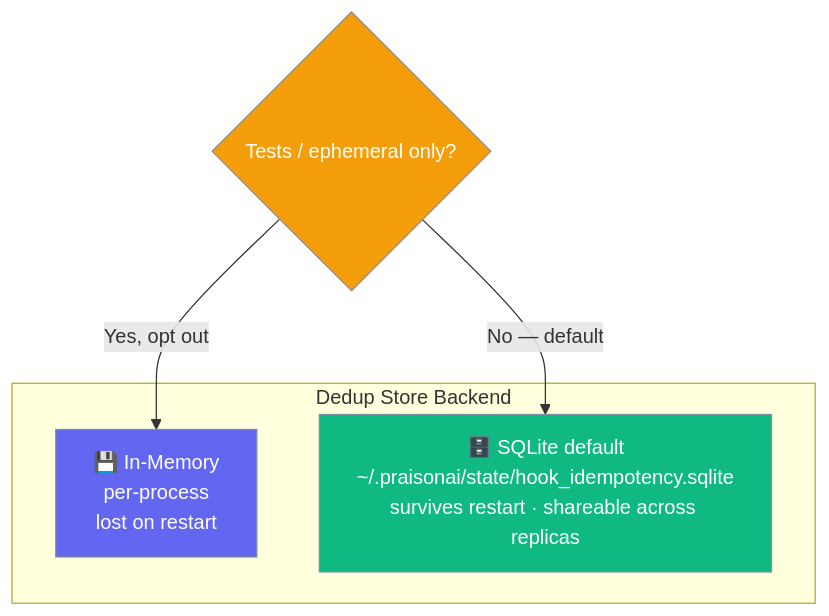
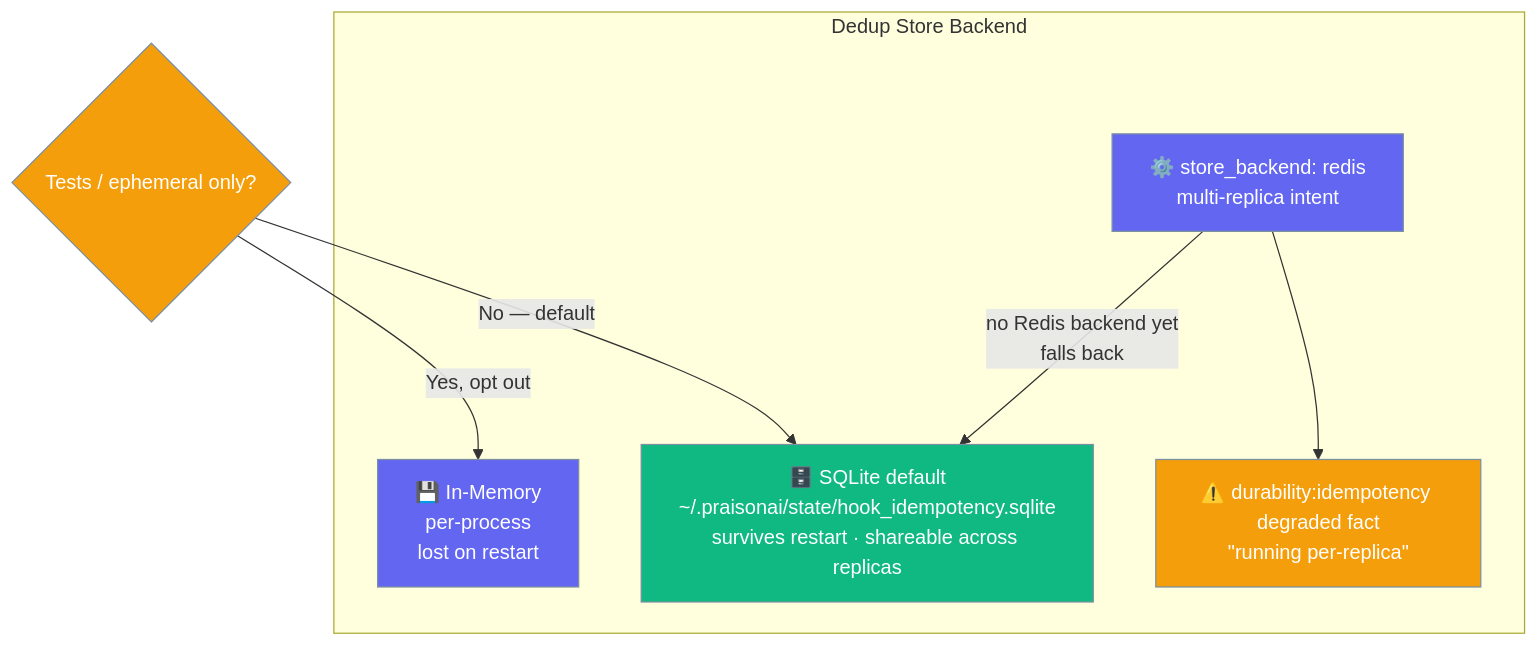
The third of 5 diagrams in docs/features/gateway-hooks.mdx (MervinPraison/PraisonAIDocs), drawn with Mermaid before and after one commit. The commit also changed other lines of this file and 4 other files, not shown here.

Commit message:
docs: document idempotency store_backend=redis fallback + degraded fact (fixes #3787)

````diff
--- a/docs/features/gateway-hooks.mdx
+++ b/docs/features/gateway-hooks.mdx
@@ -340,18 +341,26 @@
 ```mermaid
 graph TB
     subgraph "Dedup Store Backend"
         M[💾 In-Memory<br/>per-process<br/>lost on restart]
         S[🗄️ SQLite default<br/>~/.praisonai/state/hook_idempotency.sqlite<br/>survives restart · shareable across replicas]
+        R[⚙️ store_backend: redis<br/>multi-replica intent]
+        Deg[⚠️ durability:idempotency degraded fact<br/>&quot;running per-replica&quot;]
     end
     Choose{Tests / ephemeral only?}
     Choose -->|Yes, opt out| M
     Choose -->|No — default| S
+    R -->|no Redis backend yet<br/>falls back| S
+    R --> Deg
 
     classDef choice fill:#F59E0B,stroke:#7C90A0,color:#fff
     classDef mem fill:#6366F1,stroke:#7C90A0,color:#fff
     classDef sql fill:#10B981,stroke:#7C90A0,color:#fff
+    classDef redis fill:#6366F1,stroke:#7C90A0,color:#fff
+    classDef warn fill:#F59E0B,stroke:#7C90A0,color:#fff
 
     class Choose choice
     class M mem
     class S sql
+    class R redis
+    class Deg warn
 ```
````
